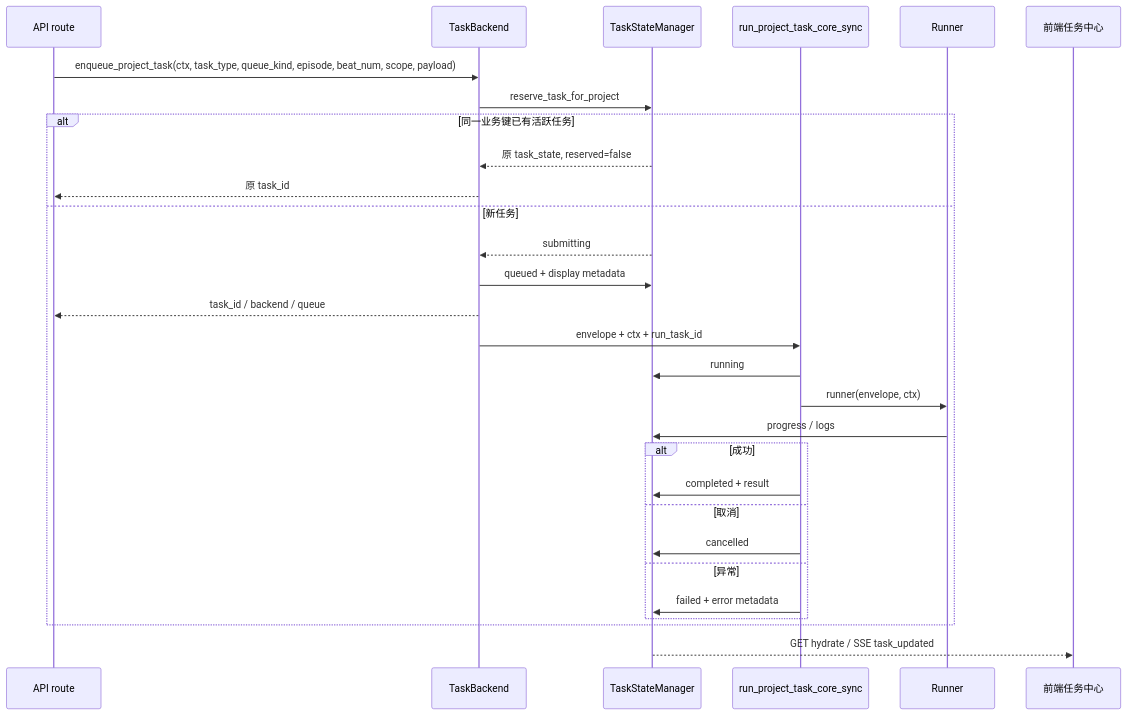
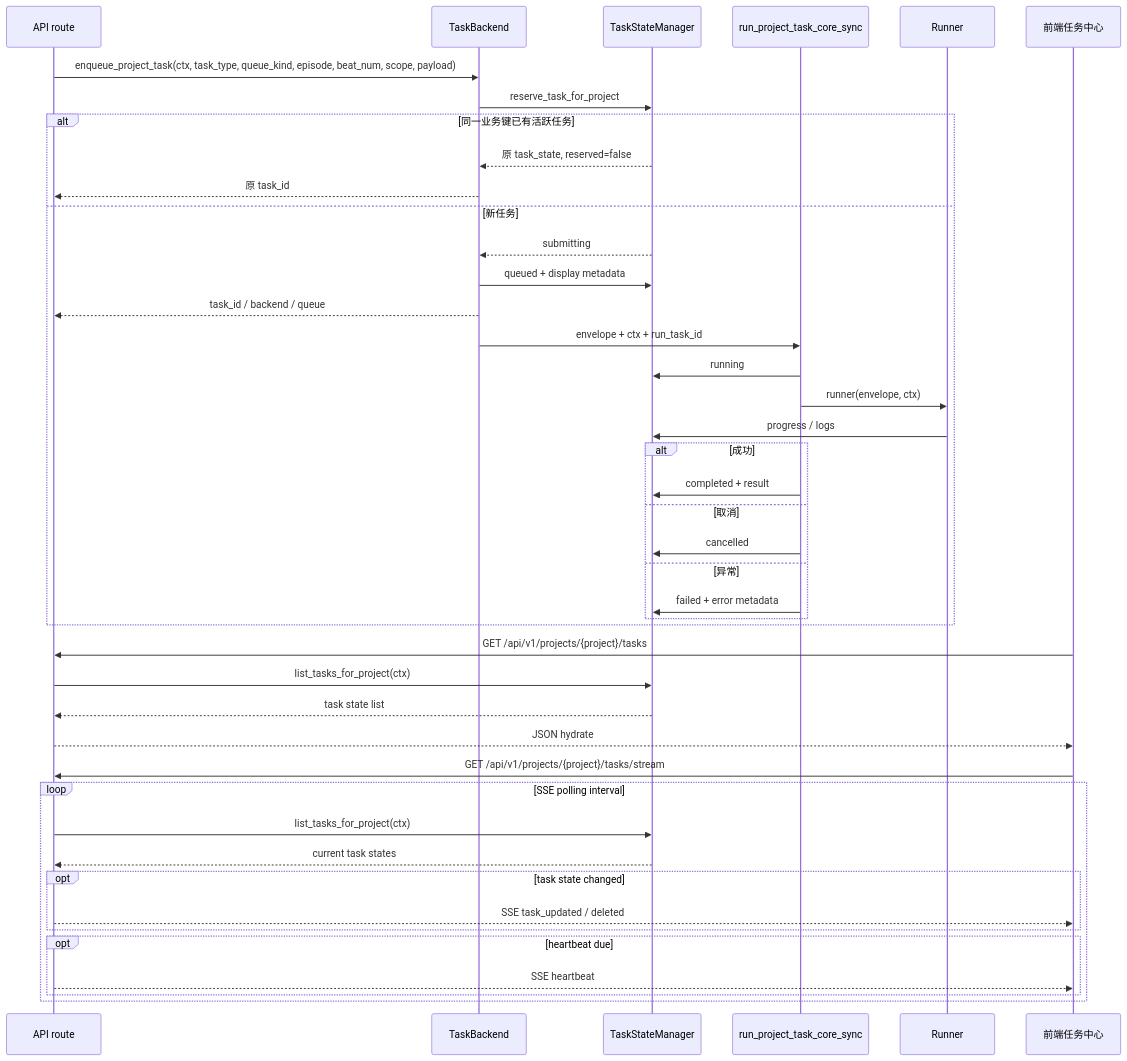
The second of 2 diagrams in docs/cookbook/development/add-api-and-task.md (YuRui-Liu/Nuomi-drama-factory), drawn with Mermaid before and after one commit.

Commit message:
docs(cookbook): correct task status flow

````diff
--- a/docs/cookbook/development/add-api-and-task.md
+++ b/docs/cookbook/development/add-api-and-task.md
@@ -37,31 +37,45 @@
 ```mermaid
 sequenceDiagram
     participant R as API route
     participant B as TaskBackend
     participant M as TaskStateManager
     participant C as run_project_task_core_sync
     participant X as Runner
     participant F as 前端任务中心
     R->>B: enqueue_project_task(ctx, task_type, queue_kind, episode, beat_num, scope, payload)
     B->>M: reserve_task_for_project
     alt 同一业务键已有活跃任务
         M-->>B: 原 task_state, reserved=false
         B-->>R: 原 task_id
     else 新任务
         M-->>B: submitting
         B->>M: queued + display metadata
         B-->>R: task_id / backend / queue
         B->>C: envelope + ctx + run_task_id
         C->>M: running
         C->>X: runner(envelope, ctx)
         X->>M: progress / logs
         alt 成功
             C->>M: completed + result
         else 取消
             C->>M: cancelled
         else 异常
             C->>M: failed + error metadata
         end
     end
-    M-->>F: GET hydrate / SSE task_updated
+    F->>R: GET /api/v1/projects/{project}/tasks
+    R->>M: list_tasks_for_project(ctx)
+    M-->>R: task state list
+    R-->>F: JSON hydrate
+    F->>R: GET /api/v1/projects/{project}/tasks/stream
+    loop SSE polling interval
+        R->>M: list_tasks_for_project(ctx)
+        M-->>R: current task states
+        opt task state changed
+            R-->>F: SSE task_updated / deleted
+        end
+        opt heartbeat due
+            R-->>F: SSE heartbeat
+        end
+    end
 ```
````
